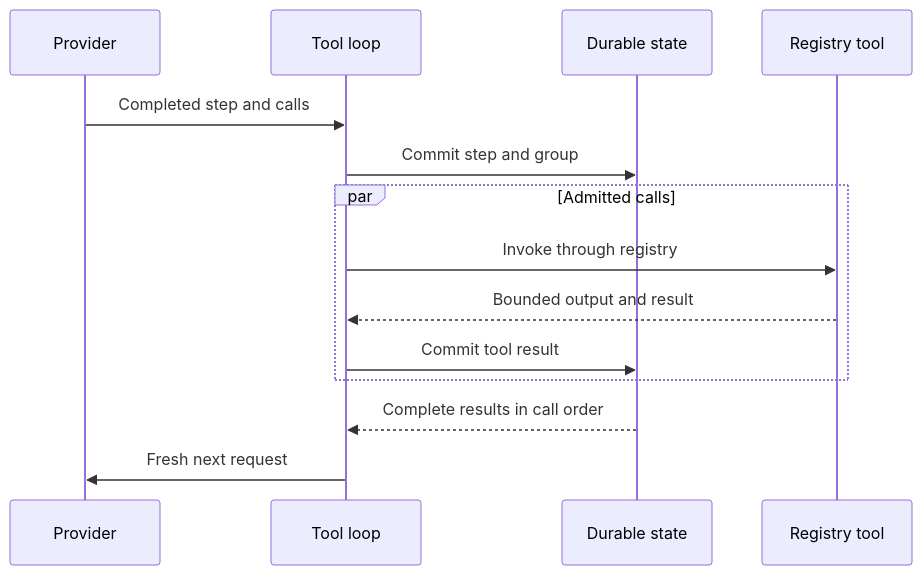
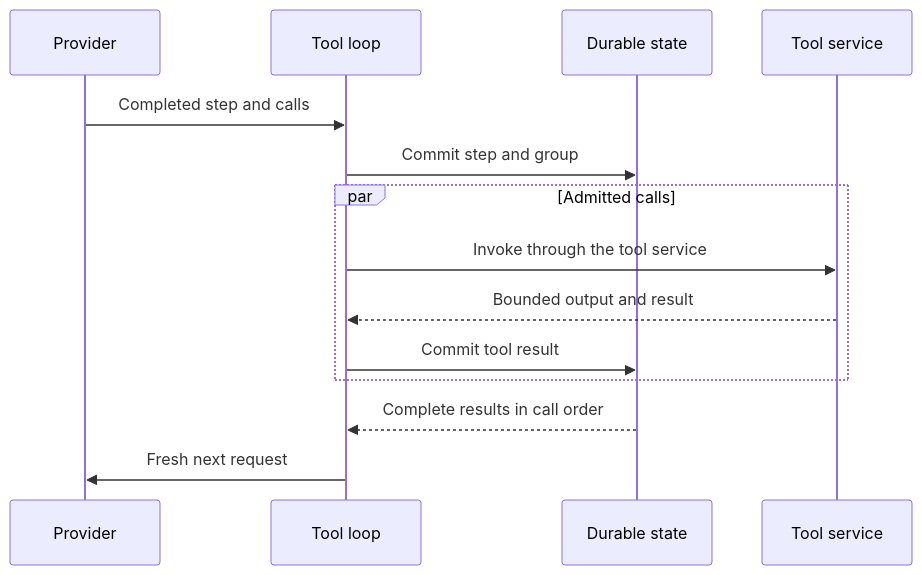
The diagram in docs/intention-relay/architecture/15-tool-registry-and-model-tool-loop.md (y0tsy/intention-relay), drawn with Mermaid before and after one commit. The commit also changed other lines of this file and 18 other files, not shown here.

````diff
--- a/docs/intention-relay/architecture/15-tool-registry-and-model-tool-loop.md
+++ b/docs/intention-relay/architecture/15-tool-registry-and-model-tool-loop.md
@@ -230,17 +204,17 @@
 ```mermaid
 sequenceDiagram
   participant P as Provider
   participant L as Tool loop
   participant D as Durable state
-  participant T as Registry tool
+  participant T as Tool service
 
   P->>L: Completed step and calls
   L->>D: Commit step and group
     par Admitted calls
-    L->>T: Invoke through registry
+    L->>T: Invoke through the tool service
     T-->>L: Bounded output and result
     L->>D: Commit tool result
   end
   D-->>L: Complete results in call order
   L->>P: Fresh next request
 ```
````
